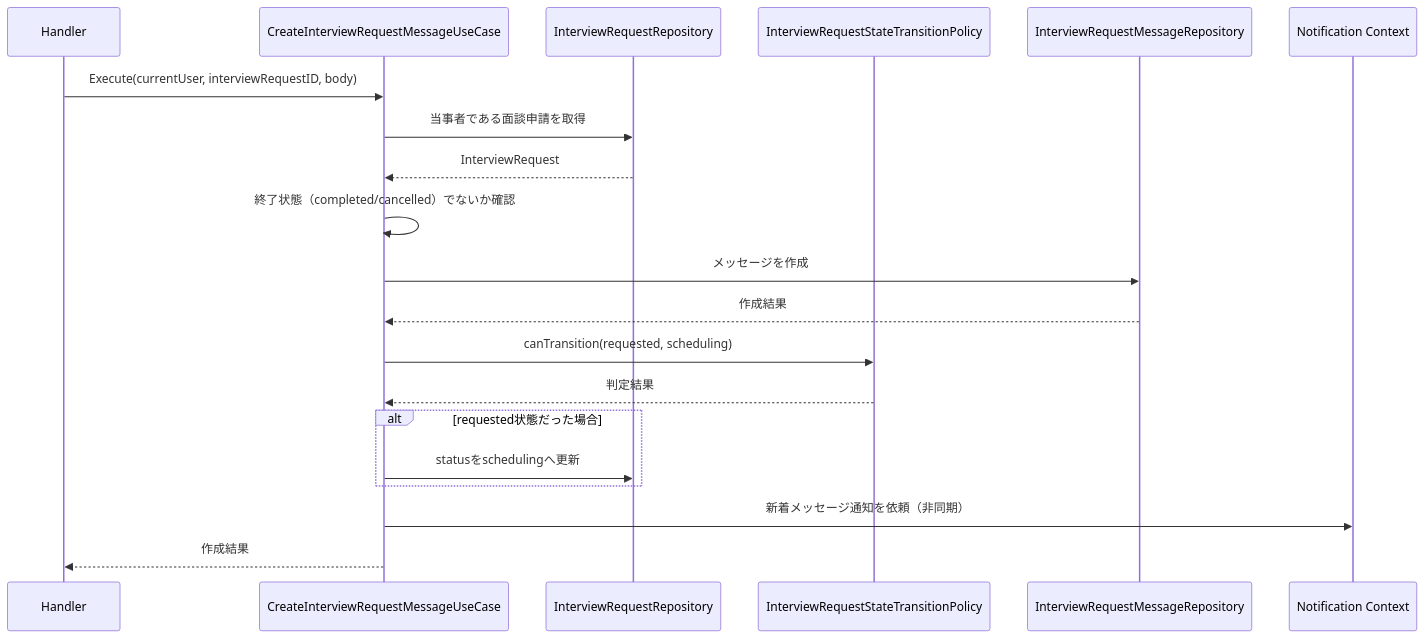
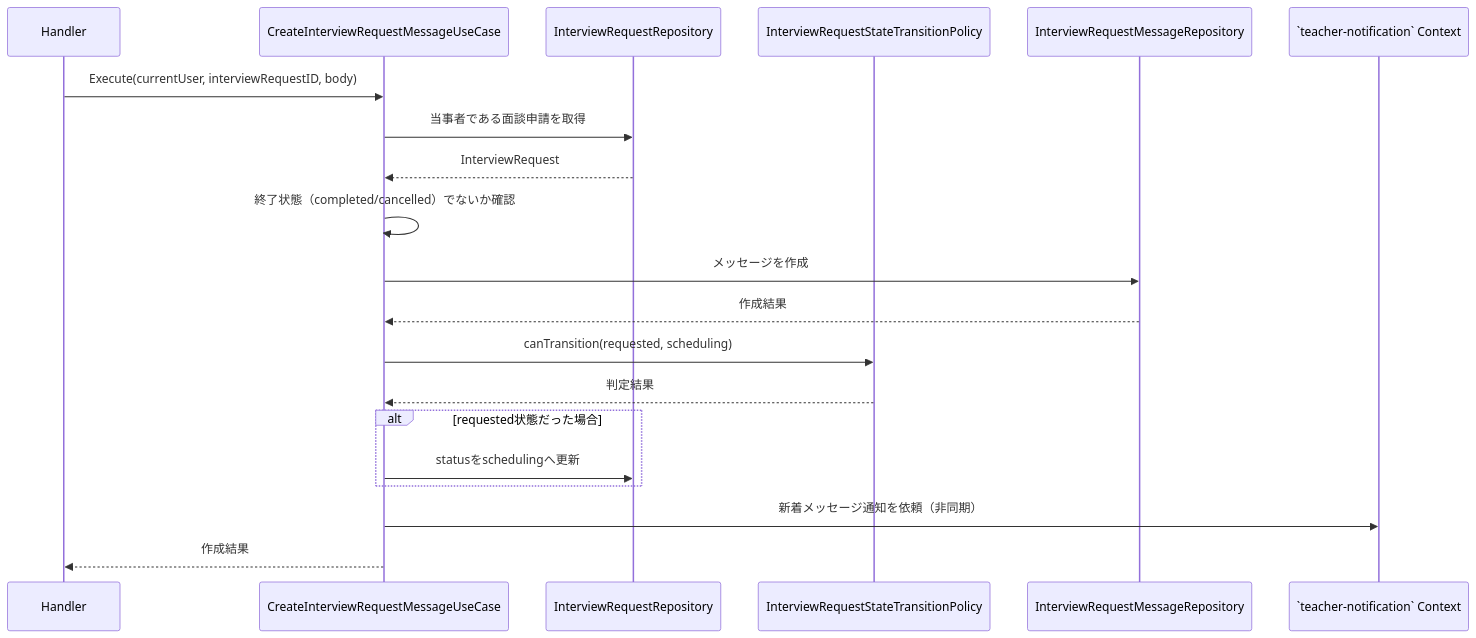
The third of 4 diagrams in 計画書/GO移行・設計仕様書/面談機能_Go移行・設計仕様書.md (yuta20253/edu-platform-go-design), drawn with Mermaid before and after one commit. The commit also changed other lines of this file and 46 other files, not shown here.

````diff
--- a/計画書/GO移行・設計仕様書/面談機能_Go移行・設計仕様書.md
+++ b/計画書/GO移行・設計仕様書/面談機能_Go移行・設計仕様書.md
@@ -401,23 +401,23 @@
 ```mermaid
 sequenceDiagram
     participant H as Handler
     participant UC as CreateInterviewRequestMessageUseCase
     participant IRR as InterviewRequestRepository
     participant TP as InterviewRequestStateTransitionPolicy
     participant IRMR as InterviewRequestMessageRepository
-    participant NC as Notification Context
+    participant NC as `teacher-notification` Context
 
     H->>UC: Execute(currentUser, interviewRequestID, body)
     UC->>IRR: 当事者である面談申請を取得
     IRR-->>UC: InterviewRequest
     UC->>UC: 終了状態（completed/cancelled）でないか確認
     UC->>IRMR: メッセージを作成
     IRMR-->>UC: 作成結果
     UC->>TP: canTransition(requested, scheduling)
     TP-->>UC: 判定結果
     alt requested状態だった場合
         UC->>IRR: statusをschedulingへ更新
     end
     UC->>NC: 新着メッセージ通知を依頼（非同期）
     UC-->>H: 作成結果
 ```
````
